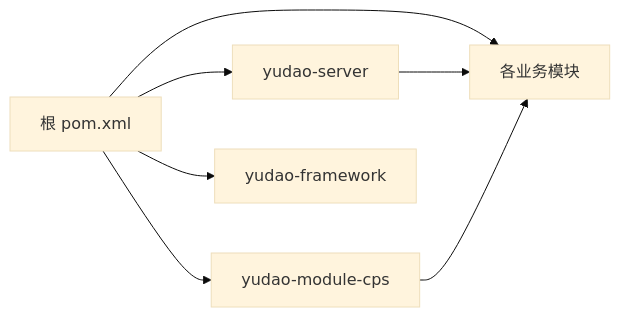
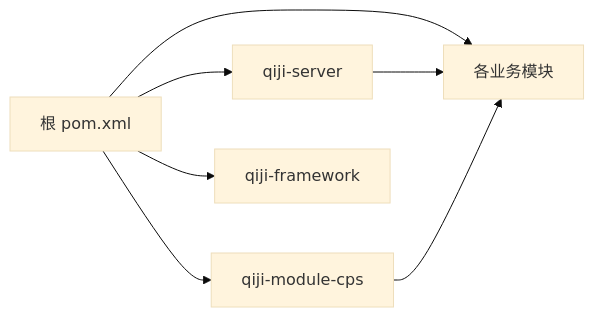
The sixth of 6 diagrams in backend/.qoder/repowiki/zh/content/快速开始.md (zhuangpengLI/AgenticCPS), drawn with Mermaid (base theme) before and after one commit. The commit also changed other lines of this file and 3489 other files, not shown here.

````diff
--- a/backend/.qoder/repowiki/zh/content/快速开始.md
+++ b/backend/.qoder/repowiki/zh/content/快速开始.md
@@ -223,9 +223,9 @@
 ```mermaid
 graph LR
-Root["根 pom.xml"] --> Server["yudao-server"]
-Root --> CPS["yudao-module-cps"]
-Root --> Framework["yudao-framework"]
+Root["根 pom.xml"] --> Server["qiji-server"]
+Root --> CPS["qiji-module-cps"]
+Root --> Framework["qiji-framework"]
 Root --> Modules["各业务模块"]
 Server --> Modules
 CPS --> Modules
 ```
````
